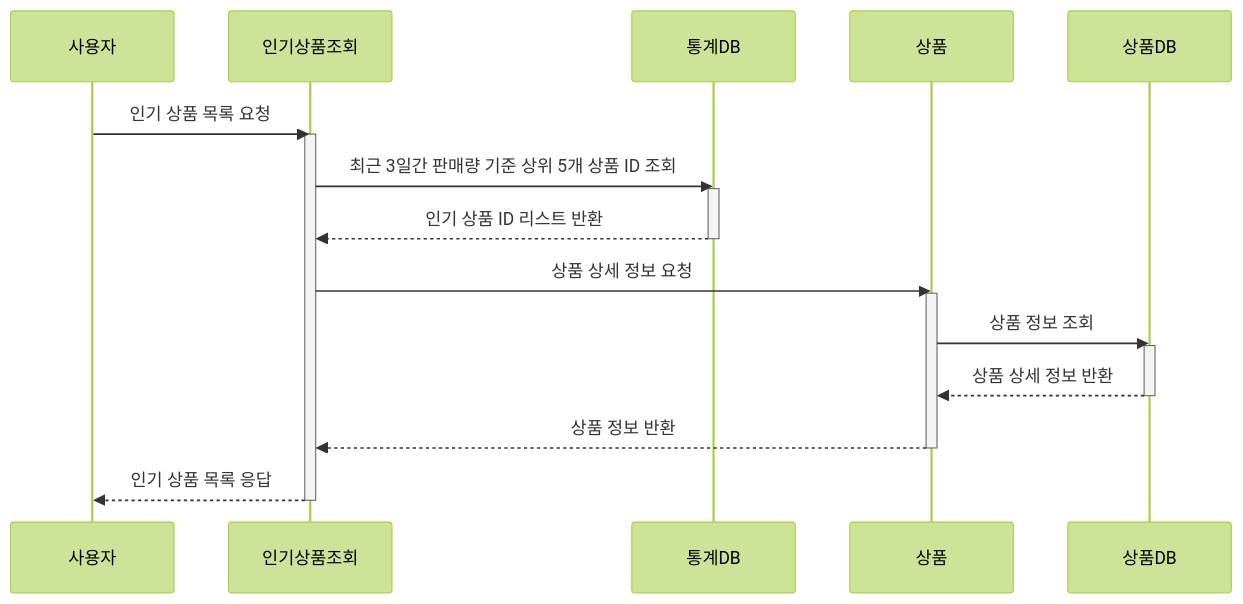
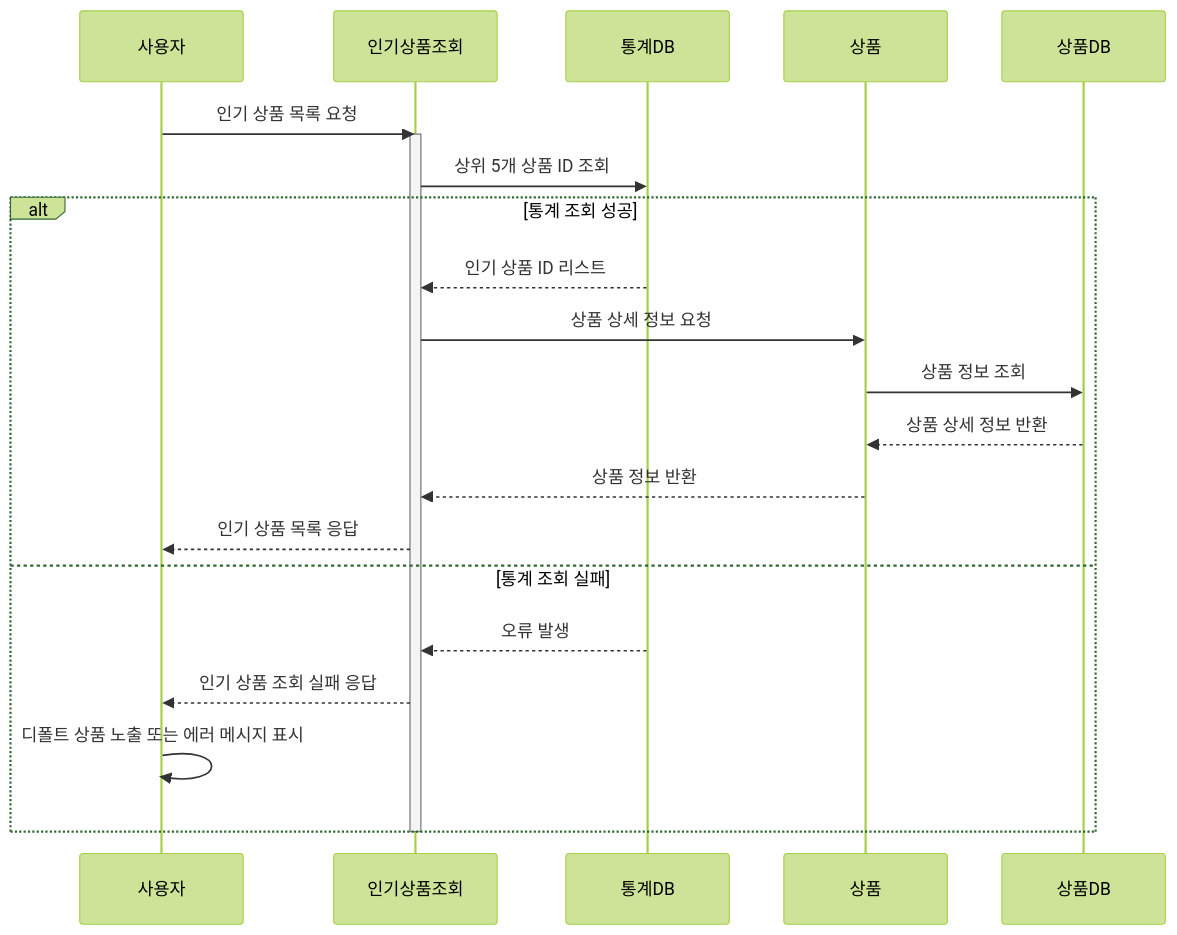
Before and after one commit to developerOlive/hhplus-e-commerce: the third of 10 diagrams in docs/03_Sequence_Diagram.md, drawn with Mermaid (forest theme).

Commit message:
docs: 인기상품 조회 시퀀스에 실패 분기 및 사용자 대응 추가
- 기존에는 통계 조회 및 상품 상세 정보 요청에 대한 성공 흐름만 존재
- 통계 조회 실패 시 분기를 추가하고, 사용자 응답 후 클라이언트 대응(디폴트 상품 or 에러 메시지)을 표현

````diff
--- a/docs/03_Sequence_Diagram.md
+++ b/docs/03_Sequence_Diagram.md
@@ -124,29 +124,30 @@
 ```mermaid
 sequenceDiagram
     participant 사용자
     participant 인기상품조회
     participant 통계DB
     participant 상품
     participant 상품DB
 
     사용자->>인기상품조회: 인기 상품 목록 요청
     activate 인기상품조회
 
-    인기상품조회->>통계DB: 최근 3일간 판매량 기준 상위 5개 상품 ID 조회
-    activate 통계DB
-    통계DB-->>인기상품조회: 인기 상품 ID 리스트 반환
-    deactivate 통계DB
+    인기상품조회->>통계DB: 상위 5개 상품 ID 조회
+    alt 통계 조회 성공
+        통계DB-->>인기상품조회: 인기 상품 ID 리스트
 
-    인기상품조회->>상품: 상품 상세 정보 요청
-    activate 상품
-    상품->>상품DB: 상품 정보 조회
-    activate 상품DB
-    상품DB-->>상품: 상품 상세 정보 반환
-    deactivate 상품DB
-    상품-->>인기상품조회: 상품 정보 반환
-    deactivate 상품
+        인기상품조회->>상품: 상품 상세 정보 요청
+        상품->>상품DB: 상품 정보 조회
+        상품DB-->>상품: 상품 상세 정보 반환
+        상품-->>인기상품조회: 상품 정보 반환
 
-    인기상품조회-->>사용자: 인기 상품 목록 응답
+        인기상품조회-->>사용자: 인기 상품 목록 응답
+    else 통계 조회 실패
+        통계DB-->>인기상품조회: 오류 발생
+        인기상품조회-->>사용자: 인기 상품 조회 실패 응답
+        사용자->>사용자: 디폴트 상품 노출 또는 에러 메시지 표시
+    end
+
     deactivate 인기상품조회
 
 ```
````
